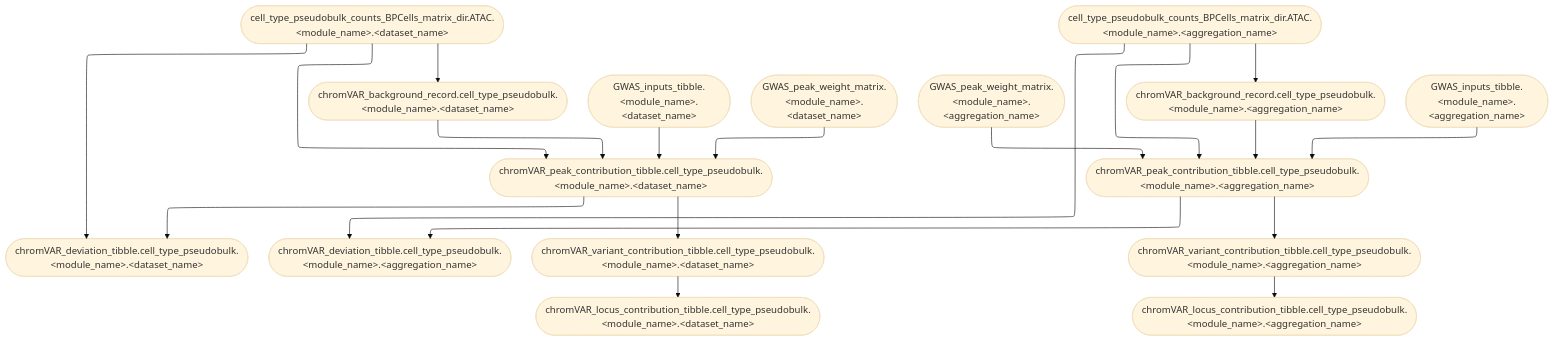
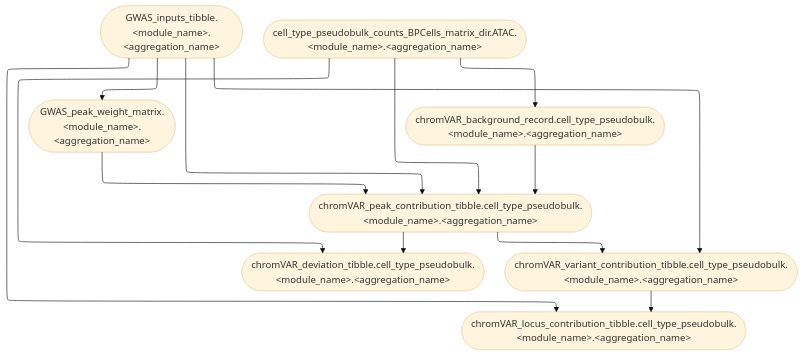
The diagram in website/figures/human_curated/genetic_enrichment_cell_type_contributions_v2.mmd (koefoeden/multiomeR), drawn with Mermaid (base theme) before and after one commit. The commit also changed 22 other files, not shown here.

```diff
--- a/website/figures/human_curated/genetic_enrichment_cell_type_contributions_v2.mmd
+++ b/website/figures/human_curated/genetic_enrichment_cell_type_contributions_v2.mmd
@@ -1,20 +1,14 @@
 %%{init: {'flowchart': {'defaultRenderer': 'elk'}}}%%
 flowchart TB
-  chromVAR_peak_contribution_tibble.cell_type_pseudobulk.genetic_enrichment.muscle(["chromVAR_peak_contribution_tibble.cell_type_pseudobulk.&lt;module_name&gt;.&lt;dataset_name&gt;"]):::none --> chromVAR_deviation_tibble.cell_type_pseudobulk.genetic_enrichment.muscle(["chromVAR_deviation_tibble.cell_type_pseudobulk.&lt;module_name&gt;.&lt;dataset_name&gt;"]):::none
-  chromVAR_peak_contribution_tibble.cell_type_pseudobulk.genetic_enrichment.muscle_test(["chromVAR_peak_contribution_tibble.cell_type_pseudobulk.&lt;module_name&gt;.&lt;aggregation_name&gt;"]):::none --> chromVAR_deviation_tibble.cell_type_pseudobulk.genetic_enrichment.muscle_test(["chromVAR_deviation_tibble.cell_type_pseudobulk.&lt;module_name&gt;.&lt;aggregation_name&gt;"]):::none
-  chromVAR_variant_contribution_tibble.cell_type_pseudobulk.genetic_enrichment.muscle(["chromVAR_variant_contribution_tibble.cell_type_pseudobulk.&lt;module_name&gt;.&lt;dataset_name&gt;"]):::none --> chromVAR_locus_contribution_tibble.cell_type_pseudobulk.genetic_enrichment.muscle(["chromVAR_locus_contribution_tibble.cell_type_pseudobulk.&lt;module_name&gt;.&lt;dataset_name&gt;"]):::none
-  chromVAR_variant_contribution_tibble.cell_type_pseudobulk.genetic_enrichment.muscle_test(["chromVAR_variant_contribution_tibble.cell_type_pseudobulk.&lt;module_name&gt;.&lt;aggregation_name&gt;"]):::none --> chromVAR_locus_contribution_tibble.cell_type_pseudobulk.genetic_enrichment.muscle_test(["chromVAR_locus_contribution_tibble.cell_type_pseudobulk.&lt;module_name&gt;.&lt;aggregation_name&gt;"]):::none
-  chromVAR_background_record.cell_type_pseudobulk.genetic_enrichment.muscle(["chromVAR_background_record.cell_type_pseudobulk.&lt;module_name&gt;.&lt;dataset_name&gt;"]):::none --> chromVAR_peak_contribution_tibble.cell_type_pseudobulk.genetic_enrichment.muscle(["chromVAR_peak_contribution_tibble.cell_type_pseudobulk.&lt;module_name&gt;.&lt;dataset_name&gt;"]):::none
-  GWAS_inputs_tibble.genetic_enrichment.muscle(["GWAS_inputs_tibble.&lt;module_name&gt;.&lt;dataset_name&gt;"]):::none --> chromVAR_peak_contribution_tibble.cell_type_pseudobulk.genetic_enrichment.muscle(["chromVAR_peak_contribution_tibble.cell_type_pseudobulk.&lt;module_name&gt;.&lt;dataset_name&gt;"]):::none
-  GWAS_peak_weight_matrix.genetic_enrichment.muscle(["GWAS_peak_weight_matrix.&lt;module_name&gt;.&lt;dataset_name&gt;"]):::none --> chromVAR_peak_contribution_tibble.cell_type_pseudobulk.genetic_enrichment.muscle(["chromVAR_peak_contribution_tibble.cell_type_pseudobulk.&lt;module_name&gt;.&lt;dataset_name&gt;"]):::none
-  GWAS_peak_weight_matrix.genetic_enrichment.muscle_test(["GWAS_peak_weight_matrix.&lt;module_name&gt;.&lt;aggregation_name&gt;"]):::none --> chromVAR_peak_contribution_tibble.cell_type_pseudobulk.genetic_enrichment.muscle_test(["chromVAR_peak_contribution_tibble.cell_type_pseudobulk.&lt;module_name&gt;.&lt;aggregation_name&gt;"]):::none
-  chromVAR_background_record.cell_type_pseudobulk.genetic_enrichment.muscle_test(["chromVAR_background_record.cell_type_pseudobulk.&lt;module_name&gt;.&lt;aggregation_name&gt;"]):::none --> chromVAR_peak_contribution_tibble.cell_type_pseudobulk.genetic_enrichment.muscle_test(["chromVAR_peak_contribution_tibble.cell_type_pseudobulk.&lt;module_name&gt;.&lt;aggregation_name&gt;"]):::none
-  GWAS_inputs_tibble.genetic_enrichment.muscle_test(["GWAS_inputs_tibble.&lt;module_name&gt;.&lt;aggregation_name&gt;"]):::none --> chromVAR_peak_contribution_tibble.cell_type_pseudobulk.genetic_enrichment.muscle_test(["chromVAR_peak_contribution_tibble.cell_type_pseudobulk.&lt;module_name&gt;.&lt;aggregation_name&gt;"]):::none
-  chromVAR_peak_contribution_tibble.cell_type_pseudobulk.genetic_enrichment.muscle(["chromVAR_peak_contribution_tibble.cell_type_pseudobulk.&lt;module_name&gt;.&lt;dataset_name&gt;"]):::none --> chromVAR_variant_contribution_tibble.cell_type_pseudobulk.genetic_enrichment.muscle(["chromVAR_variant_contribution_tibble.cell_type_pseudobulk.&lt;module_name&gt;.&lt;dataset_name&gt;"]):::none
-  chromVAR_peak_contribution_tibble.cell_type_pseudobulk.genetic_enrichment.muscle_test(["chromVAR_peak_contribution_tibble.cell_type_pseudobulk.&lt;module_name&gt;.&lt;aggregation_name&gt;"]):::none --> chromVAR_variant_contribution_tibble.cell_type_pseudobulk.genetic_enrichment.muscle_test(["chromVAR_variant_contribution_tibble.cell_type_pseudobulk.&lt;module_name&gt;.&lt;aggregation_name&gt;"]):::none
-  cell_type_pseudobulk_counts_BPCells_matrix_dir.ATAC.genetic_enrichment.muscle(["cell_type_pseudobulk_counts_BPCells_matrix_dir.ATAC.&lt;module_name&gt;.&lt;dataset_name&gt;"]):::none --> chromVAR_background_record.cell_type_pseudobulk.genetic_enrichment.muscle(["chromVAR_background_record.cell_type_pseudobulk.&lt;module_name&gt;.&lt;dataset_name&gt;"]):::none
-  cell_type_pseudobulk_counts_BPCells_matrix_dir.ATAC.genetic_enrichment.muscle(["cell_type_pseudobulk_counts_BPCells_matrix_dir.ATAC.&lt;module_name&gt;.&lt;dataset_name&gt;"]):::none --> chromVAR_peak_contribution_tibble.cell_type_pseudobulk.genetic_enrichment.muscle(["chromVAR_peak_contribution_tibble.cell_type_pseudobulk.&lt;module_name&gt;.&lt;dataset_name&gt;"]):::none
-  cell_type_pseudobulk_counts_BPCells_matrix_dir.ATAC.genetic_enrichment.muscle(["cell_type_pseudobulk_counts_BPCells_matrix_dir.ATAC.&lt;module_name&gt;.&lt;dataset_name&gt;"]):::none --> chromVAR_deviation_tibble.cell_type_pseudobulk.genetic_enrichment.muscle(["chromVAR_deviation_tibble.cell_type_pseudobulk.&lt;module_name&gt;.&lt;dataset_name&gt;"]):::none
-  cell_type_pseudobulk_counts_BPCells_matrix_dir.ATAC.genetic_enrichment.muscle_test(["cell_type_pseudobulk_counts_BPCells_matrix_dir.ATAC.&lt;module_name&gt;.&lt;aggregation_name&gt;"]):::none --> chromVAR_background_record.cell_type_pseudobulk.genetic_enrichment.muscle_test(["chromVAR_background_record.cell_type_pseudobulk.&lt;module_name&gt;.&lt;aggregation_name&gt;"]):::none
-  cell_type_pseudobulk_counts_BPCells_matrix_dir.ATAC.genetic_enrichment.muscle_test(["cell_type_pseudobulk_counts_BPCells_matrix_dir.ATAC.&lt;module_name&gt;.&lt;aggregation_name&gt;"]):::none --> chromVAR_peak_contribution_tibble.cell_type_pseudobulk.genetic_enrichment.muscle_test(["chromVAR_peak_contribution_tibble.cell_type_pseudobulk.&lt;module_name&gt;.&lt;aggregation_name&gt;"]):::none
-  cell_type_pseudobulk_counts_BPCells_matrix_dir.ATAC.genetic_enrichment.muscle_test(["cell_type_pseudobulk_counts_BPCells_matrix_dir.ATAC.&lt;module_name&gt;.&lt;aggregation_name&gt;"]):::none --> chromVAR_deviation_tibble.cell_type_pseudobulk.genetic_enrichment.muscle_test(["chromVAR_deviation_tibble.cell_type_pseudobulk.&lt;module_name&gt;.&lt;aggregation_name&gt;"]):::none
+  chromVAR_peak_contribution_tibble.cell_type_pseudobulk.genetic_enrichment.immune_human_2x(["chromVAR_peak_contribution_tibble.cell_type_pseudobulk.&lt;module_name&gt;.&lt;aggregation_name&gt;"]):::none --> chromVAR_deviation_tibble.cell_type_pseudobulk.genetic_enrichment.immune_human_2x(["chromVAR_deviation_tibble.cell_type_pseudobulk.&lt;module_name&gt;.&lt;aggregation_name&gt;"]):::none
+  chromVAR_variant_contribution_tibble.cell_type_pseudobulk.genetic_enrichment.immune_human_2x(["chromVAR_variant_contribution_tibble.cell_type_pseudobulk.&lt;module_name&gt;.&lt;aggregation_name&gt;"]):::none --> chromVAR_locus_contribution_tibble.cell_type_pseudobulk.genetic_enrichment.immune_human_2x(["chromVAR_locus_contribution_tibble.cell_type_pseudobulk.&lt;module_name&gt;.&lt;aggregation_name&gt;"]):::none
+  GWAS_peak_weight_matrix.genetic_enrichment.immune_human_2x(["GWAS_peak_weight_matrix.&lt;module_name&gt;.&lt;aggregation_name&gt;"]):::none --> chromVAR_peak_contribution_tibble.cell_type_pseudobulk.genetic_enrichment.immune_human_2x(["chromVAR_peak_contribution_tibble.cell_type_pseudobulk.&lt;module_name&gt;.&lt;aggregation_name&gt;"]):::none
+  GWAS_inputs_tibble.genetic_enrichment.immune_human_2x(["GWAS_inputs_tibble.&lt;module_name&gt;.&lt;aggregation_name&gt;"]):::none --> chromVAR_peak_contribution_tibble.cell_type_pseudobulk.genetic_enrichment.immune_human_2x(["chromVAR_peak_contribution_tibble.cell_type_pseudobulk.&lt;module_name&gt;.&lt;aggregation_name&gt;"]):::none
+  chromVAR_background_record.cell_type_pseudobulk.genetic_enrichment.immune_human_2x(["chromVAR_background_record.cell_type_pseudobulk.&lt;module_name&gt;.&lt;aggregation_name&gt;"]):::none --> chromVAR_peak_contribution_tibble.cell_type_pseudobulk.genetic_enrichment.immune_human_2x(["chromVAR_peak_contribution_tibble.cell_type_pseudobulk.&lt;module_name&gt;.&lt;aggregation_name&gt;"]):::none
+  chromVAR_peak_contribution_tibble.cell_type_pseudobulk.genetic_enrichment.immune_human_2x(["chromVAR_peak_contribution_tibble.cell_type_pseudobulk.&lt;module_name&gt;.&lt;aggregation_name&gt;"]):::none --> chromVAR_variant_contribution_tibble.cell_type_pseudobulk.genetic_enrichment.immune_human_2x(["chromVAR_variant_contribution_tibble.cell_type_pseudobulk.&lt;module_name&gt;.&lt;aggregation_name&gt;"]):::none
+  cell_type_pseudobulk_counts_BPCells_matrix_dir.ATAC.genetic_enrichment.immune_human_2x(["cell_type_pseudobulk_counts_BPCells_matrix_dir.ATAC.&lt;module_name&gt;.&lt;aggregation_name&gt;"]):::none --> chromVAR_background_record.cell_type_pseudobulk.genetic_enrichment.immune_human_2x(["chromVAR_background_record.cell_type_pseudobulk.&lt;module_name&gt;.&lt;aggregation_name&gt;"]):::none
+  cell_type_pseudobulk_counts_BPCells_matrix_dir.ATAC.genetic_enrichment.immune_human_2x(["cell_type_pseudobulk_counts_BPCells_matrix_dir.ATAC.&lt;module_name&gt;.&lt;aggregation_name&gt;"]):::none --> chromVAR_peak_contribution_tibble.cell_type_pseudobulk.genetic_enrichment.immune_human_2x(["chromVAR_peak_contribution_tibble.cell_type_pseudobulk.&lt;module_name&gt;.&lt;aggregation_name&gt;"]):::none
+  cell_type_pseudobulk_counts_BPCells_matrix_dir.ATAC.genetic_enrichment.immune_human_2x(["cell_type_pseudobulk_counts_BPCells_matrix_dir.ATAC.&lt;module_name&gt;.&lt;aggregation_name&gt;"]):::none --> chromVAR_deviation_tibble.cell_type_pseudobulk.genetic_enrichment.immune_human_2x(["chromVAR_deviation_tibble.cell_type_pseudobulk.&lt;module_name&gt;.&lt;aggregation_name&gt;"]):::none
+  GWAS_inputs_tibble.genetic_enrichment.immune_human_2x(["GWAS_inputs_tibble.&lt;module_name&gt;.&lt;aggregation_name&gt;"]):::none --> GWAS_peak_weight_matrix.genetic_enrichment.immune_human_2x(["GWAS_peak_weight_matrix.&lt;module_name&gt;.&lt;aggregation_name&gt;"]):::none
+  GWAS_inputs_tibble.genetic_enrichment.immune_human_2x(["GWAS_inputs_tibble.&lt;module_name&gt;.&lt;aggregation_name&gt;"]):::none --> chromVAR_variant_contribution_tibble.cell_type_pseudobulk.genetic_enrichment.immune_human_2x(["chromVAR_variant_contribution_tibble.cell_type_pseudobulk.&lt;module_name&gt;.&lt;aggregation_name&gt;"]):::none
+  GWAS_inputs_tibble.genetic_enrichment.immune_human_2x(["GWAS_inputs_tibble.&lt;module_name&gt;.&lt;aggregation_name&gt;"]):::none --> chromVAR_locus_contribution_tibble.cell_type_pseudobulk.genetic_enrichment.immune_human_2x(["chromVAR_locus_contribution_tibble.cell_type_pseudobulk.&lt;module_name&gt;.&lt;aggregation_name&gt;"]):::none
```
